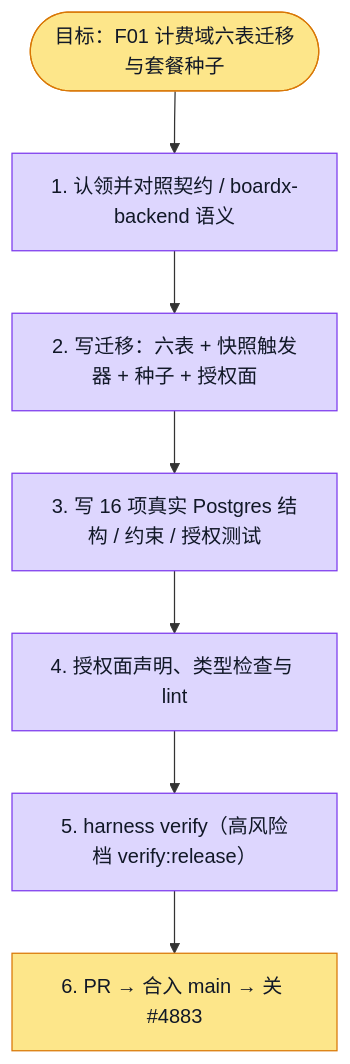
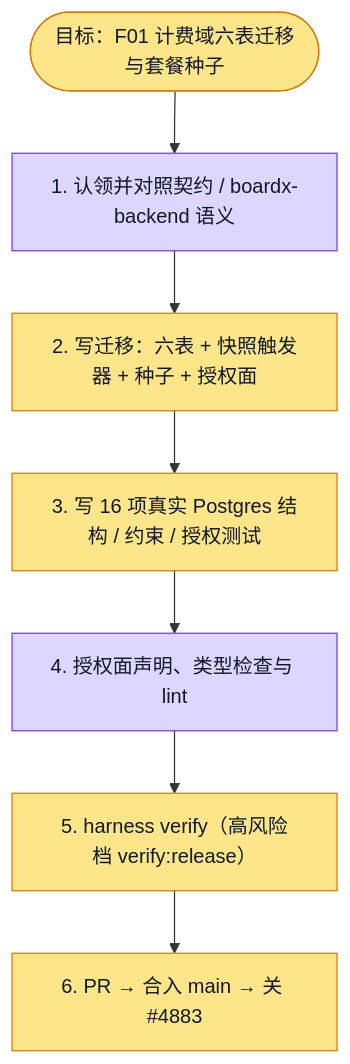
Before and after one commit to boardx/workspacex: the diagram in phases/phase-21-billing-payment/sprints/sprint-01/plans/F01.plan.md, drawn with Mermaid. The commit also changed 3 other files, not shown here.

````diff
--- a/phases/phase-21-billing-payment/sprints/sprint-01/plans/F01.plan.md
+++ b/phases/phase-21-billing-payment/sprints/sprint-01/plans/F01.plan.md
@@ -20,32 +20,29 @@
 ```mermaid
 flowchart TD
   G([目标：F01 计费域六表迁移与套餐种子])
   S1[1. 认领并对照契约 / boardx-backend 语义]
   S2[2. 写迁移：六表 + 快照触发器 + 种子 + 授权面]
   S3[3. 写 16 项真实 Postgres 结构 / 约束 / 授权测试]
   S4[4. 授权面声明、类型检查与 lint]
   S5[5. harness verify（高风险档 verify:release）]
   S6[6. PR → 合入 main → 关 #4883]
 
   G --> S1 --> S2 --> S3 --> S4 --> S5 --> S6
 
   classDef todo fill:#e5e7eb,stroke:#6b7280,color:#111827
   classDef doing fill:#fde68a,stroke:#d97706,color:#111827
   classDef done fill:#bbf7d0,stroke:#16a34a,color:#111827
   classDef tested fill:#ddd6fe,stroke:#7c3aed,color:#111827
   classDef blocked fill:#fecaca,stroke:#dc2626,color:#111827
 
   class G doing
   class S1 tested
   %% evidence S1: 独立exact SHA审查ACCEPT执行head9cf0252e2，owner为coord-voice，scope仅F01，官方verify退出0。
-  class S2 tested
-  %% evidence S2: evidence/F01.schema.log：真实PostgreSQL迁移重放、事务回滚、约束与RLS全部16/16通过；正式F01.verify.log证明high_risk退出0。
-  class S3 tested
-  %% evidence S3: 2026-10-10：隔离真实 PostgreSQL 16/16，通过实际 SQL 两次重放、事务回滚、跨组织 RLS；evidence/F01.schema.log
+  class S2 doing
+  class S3 doing
   class S4 tested
   %% evidence S4: 2026-10-10：pnpm --filter @repo/api run lint 退出0；pnpm --filter @repo/api run typecheck 退出0
-  class S5 tested
-  %% evidence S5: 官方 pnpm harness verify --sprint 21/01 --feature F01 --owner coord-voice 退出0，33/33 release任务成功；evidence/F01.verify.log，执行head9cf0252e2，API14949/local-runtime247测试通过。
+  class S5 doing
   %% doing S5: 2026-10-11 已实际确认 #5585 合入并 rebase main f5a4d9ab9；第三次官方 verify 运行中，专项通过，全量结果待返回
   class S6 doing
 ```
````
